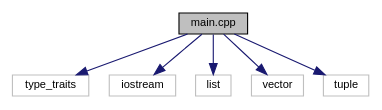
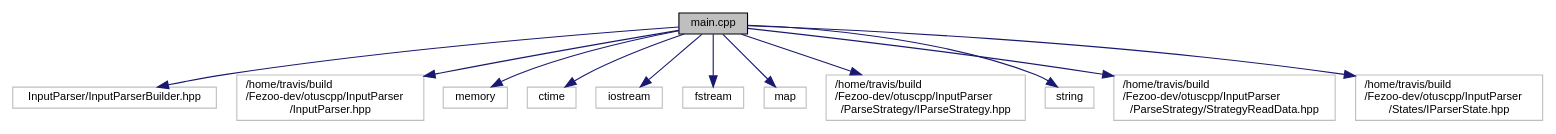
One commit to Fezoo-dev/otuscpp changed the diagram in main_8cpp__incl.dot. Above: the diagram before and after it, drawn with Graphviz. The commit also changed 15 other files, not shown here.

Commit message:
Deploy Fezoo-dev/otuscpp to github.com/Fezoo-dev/otuscpp.git:gh-pages

```diff
--- a/main_8cpp__incl.dot
+++ b/main_8cpp__incl.dot
@@ -1,17 +1,29 @@
 digraph "main.cpp"
 {
  // LATEX_PDF_SIZE
   edge [fontname="Helvetica",fontsize="10",labelfontname="Helvetica",labelfontsize="10"];
   node [fontname="Helvetica",fontsize="10",shape=record];
   Node1 [label="main.cpp",height=0.2,width=0.4,color="black", fillcolor="grey75", style="filled", fontcolor="black",tooltip=" "];
   Node1 -> Node2 [color="midnightblue",fontsize="10",style="solid",fontname="Helvetica"];
-  Node2 [label="type_traits",height=0.2,width=0.4,color="grey75", fillcolor="white", style="filled",tooltip=" "];
+  Node2 [label="InputParser/InputParserBuilder.hpp",height=0.2,width=0.4,color="grey75", fillcolor="white", style="filled",tooltip=" "];
   Node1 -> Node3 [color="midnightblue",fontsize="10",style="solid",fontname="Helvetica"];
-  Node3 [label="iostream",height=0.2,width=0.4,color="grey75", fillcolor="white", style="filled",tooltip=" "];
+  Node3 [label="/home/travis/build\l/Fezoo-dev/otuscpp/InputParser\l/InputParser.hpp",height=0.2,width=0.4,color="grey75", fillcolor="white", style="filled",tooltip=" "];
   Node1 -> Node4 [color="midnightblue",fontsize="10",style="solid",fontname="Helvetica"];
-  Node4 [label="list",height=0.2,width=0.4,color="grey75", fillcolor="white", style="filled",tooltip=" "];
+  Node4 [label="memory",height=0.2,width=0.4,color="grey75", fillcolor="white", style="filled",tooltip=" "];
   Node1 -> Node5 [color="midnightblue",fontsize="10",style="solid",fontname="Helvetica"];
-  Node5 [label="vector",height=0.2,width=0.4,color="grey75", fillcolor="white", style="filled",tooltip=" "];
+  Node5 [label="ctime",height=0.2,width=0.4,color="grey75", fillcolor="white", style="filled",tooltip=" "];
   Node1 -> Node6 [color="midnightblue",fontsize="10",style="solid",fontname="Helvetica"];
-  Node6 [label="tuple",height=0.2,width=0.4,color="grey75", fillcolor="white", style="filled",tooltip=" "];
+  Node6 [label="iostream",height=0.2,width=0.4,color="grey75", fillcolor="white", style="filled",tooltip=" "];
+  Node1 -> Node7 [color="midnightblue",fontsize="10",style="solid",fontname="Helvetica"];
+  Node7 [label="fstream",height=0.2,width=0.4,color="grey75", fillcolor="white", style="filled",tooltip=" "];
+  Node1 -> Node8 [color="midnightblue",fontsize="10",style="solid",fontname="Helvetica"];
+  Node8 [label="map",height=0.2,width=0.4,color="grey75", fillcolor="white", style="filled",tooltip=" "];
+  Node1 -> Node9 [color="midnightblue",fontsize="10",style="solid",fontname="Helvetica"];
+  Node9 [label="/home/travis/build\l/Fezoo-dev/otuscpp/InputParser\l/ParseStrategy/IParseStrategy.hpp",height=0.2,width=0.4,color="grey75", fillcolor="white", style="filled",tooltip=" "];
+  Node1 -> Node10 [color="midnightblue",fontsize="10",style="solid",fontname="Helvetica"];
+  Node10 [label="string",height=0.2,width=0.4,color="grey75", fillcolor="white", style="filled",tooltip=" "];
+  Node1 -> Node11 [color="midnightblue",fontsize="10",style="solid",fontname="Helvetica"];
+  Node11 [label="/home/travis/build\l/Fezoo-dev/otuscpp/InputParser\l/ParseStrategy/StrategyReadData.hpp",height=0.2,width=0.4,color="grey75", fillcolor="white", style="filled",tooltip=" "];
+  Node1 -> Node12 [color="midnightblue",fontsize="10",style="solid",fontname="Helvetica"];
+  Node12 [label="/home/travis/build\l/Fezoo-dev/otuscpp/InputParser\l/States/IParserState.hpp",height=0.2,width=0.4,color="grey75", fillcolor="white", style="filled",tooltip=" "];
 }
```
